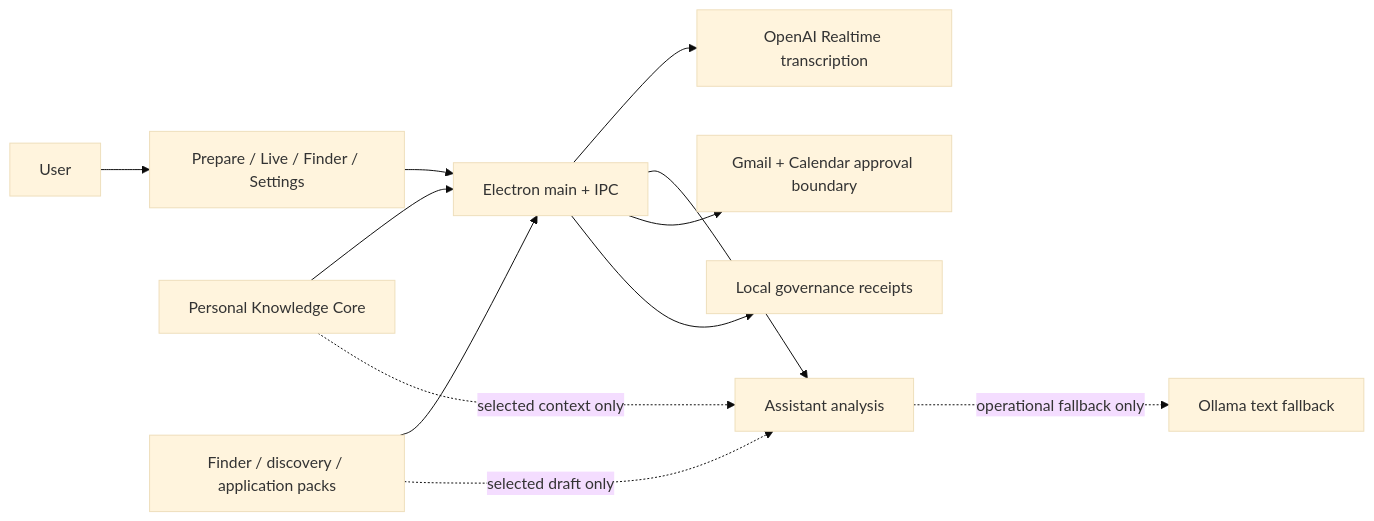
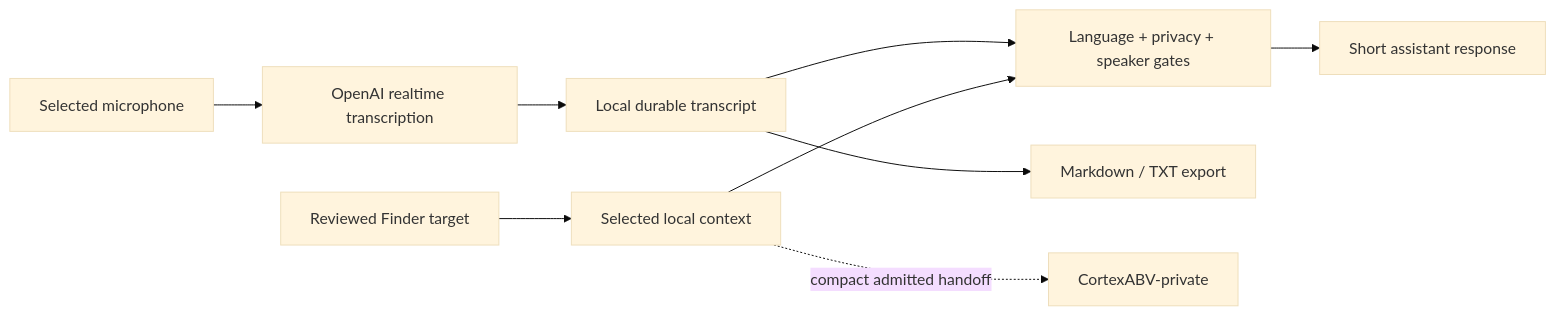
Before and after one commit to markoblogo/CoqPi: the diagram in README.md, drawn with Mermaid (base theme). The commit also changed other lines of this file and 25 other files, not shown here.

````diff
--- a/README.md
+++ b/README.md
@@ -227,25 +97,11 @@
 ```mermaid
 flowchart LR
-  U["User"]
-  UI["Prepare / Live / Finder / Settings"]
-  IPC["Electron main + IPC"]
-  RT["OpenAI Realtime transcription"]
-  AS["Assistant analysis"]
-  OL["Ollama text fallback"]
-  PK["Personal Knowledge Core"]
-  FD["Finder / discovery / application packs"]
-  GW["Gmail + Calendar approval boundary"]
-  GOV["Local governance receipts"]
-
-  U --> UI
-  UI --> IPC
-  IPC --> RT
-  IPC --> AS
-  AS -. "operational fallback only" .-> OL
-  PK --> IPC
-  FD --> IPC
-  IPC --> GW
-  IPC --> GOV
-  PK -. "selected context only" .-> AS
-  FD -. "selected draft only" .-> AS
+  Mic["Selected microphone"] --> RT["OpenAI realtime transcription"]
+  RT --> Log["Local durable transcript"]
+  Log --> Gate["Language + privacy + speaker gates"]
+  Gate --> Assistant["Short assistant response"]
+  Context["Selected local context"] --> Gate
+  Finder["Reviewed Finder target"] --> Context
+  Log --> Export["Markdown / TXT export"]
+  Context -. "compact admitted handoff" .-> Cortex["CortexABV-private"]
 ```
````
